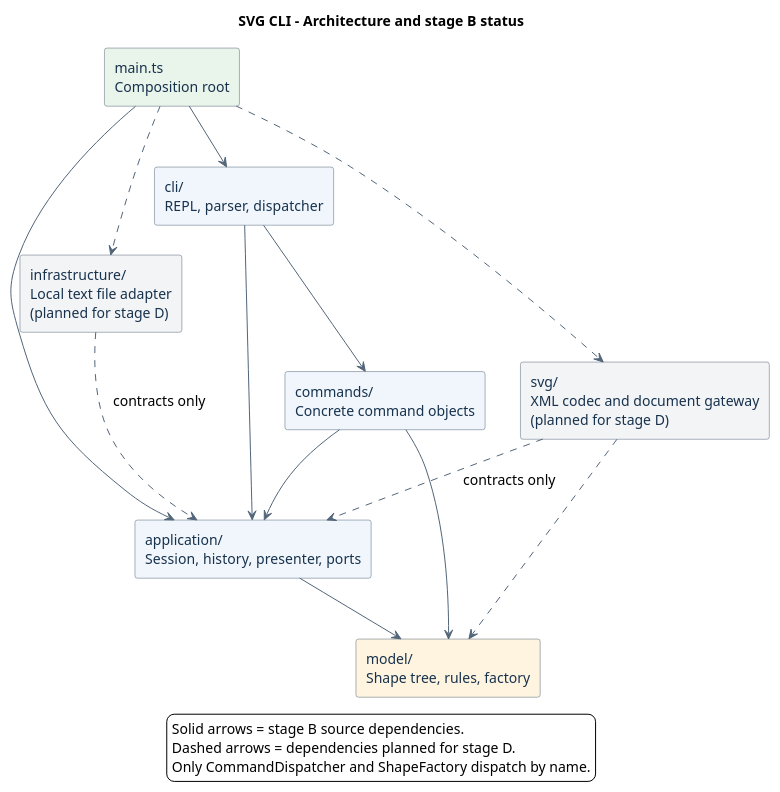
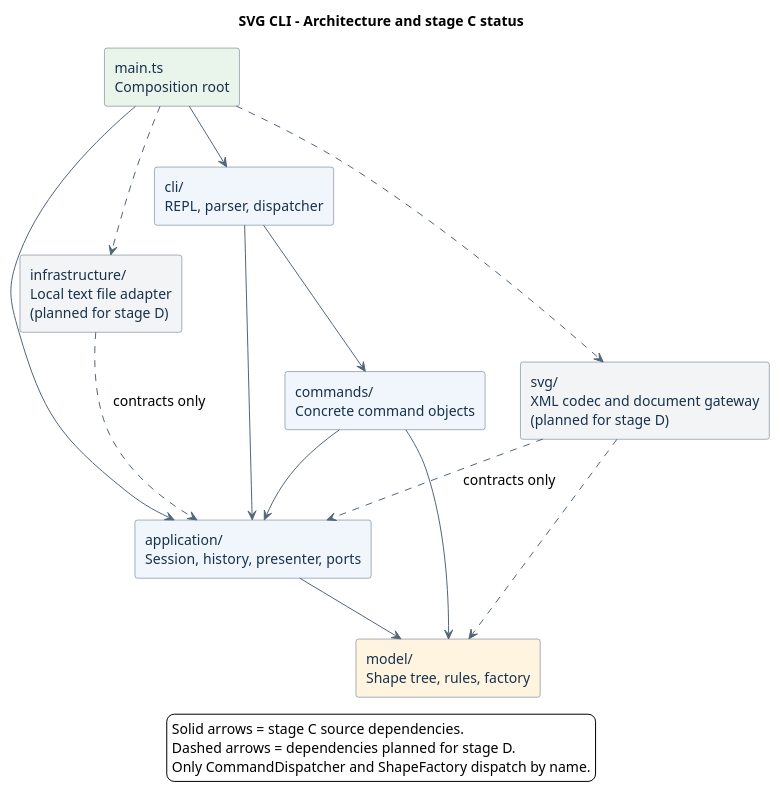
The diagram in doc/architecture.puml (tsx543/svg-editor), drawn with PlantUML before and after one commit. The commit also changed 4 other files, not shown here.

```diff
--- a/doc/architecture.puml
+++ b/doc/architecture.puml
@@ -1,42 +1,42 @@
 @startuml
-title SVG CLI - Architecture and stage B status
+title SVG CLI - Architecture and stage C status
 top to bottom direction
 skinparam componentStyle rectangle
 skinparam shadowing false
 skinparam backgroundColor #FFFFFF
 skinparam defaultFontName SansSerif
 skinparam defaultFontSize 14
 skinparam ArrowColor #526579
 skinparam component {
   BackgroundColor #F0F6FC
   BorderColor #526579
   FontColor #17324D
 }
 
 component "main.ts\nComposition root" as Main #E9F4EA
 component "cli/\nREPL, parser, dispatcher" as Cli
 component "commands/\nConcrete command objects" as Commands
 component "application/\nSession, history, presenter, ports" as Application
 component "model/\nShape tree, rules, factory" as Model #FFF4DF
 component "svg/\nXML codec and document gateway\n(planned for stage D)" as Svg #F3F4F6
 component "infrastructure/\nLocal text file adapter\n(planned for stage D)" as Infrastructure #F3F4F6
 
 Main --> Cli
 Main --> Application
 Main ..> Svg
 Main ..> Infrastructure
 Cli --> Commands
 Cli --> Application
 Commands --> Application
 Commands --> Model
 Application --> Model
 Svg ..> Model
 Svg ..> Application : contracts only
 Infrastructure ..> Application : contracts only
 
 legend bottom
-  Solid arrows = stage B source dependencies.
+  Solid arrows = stage C source dependencies.
   Dashed arrows = dependencies planned for stage D.
   Only CommandDispatcher and ShapeFactory dispatch by name.
 endlegend
 @enduml
```
